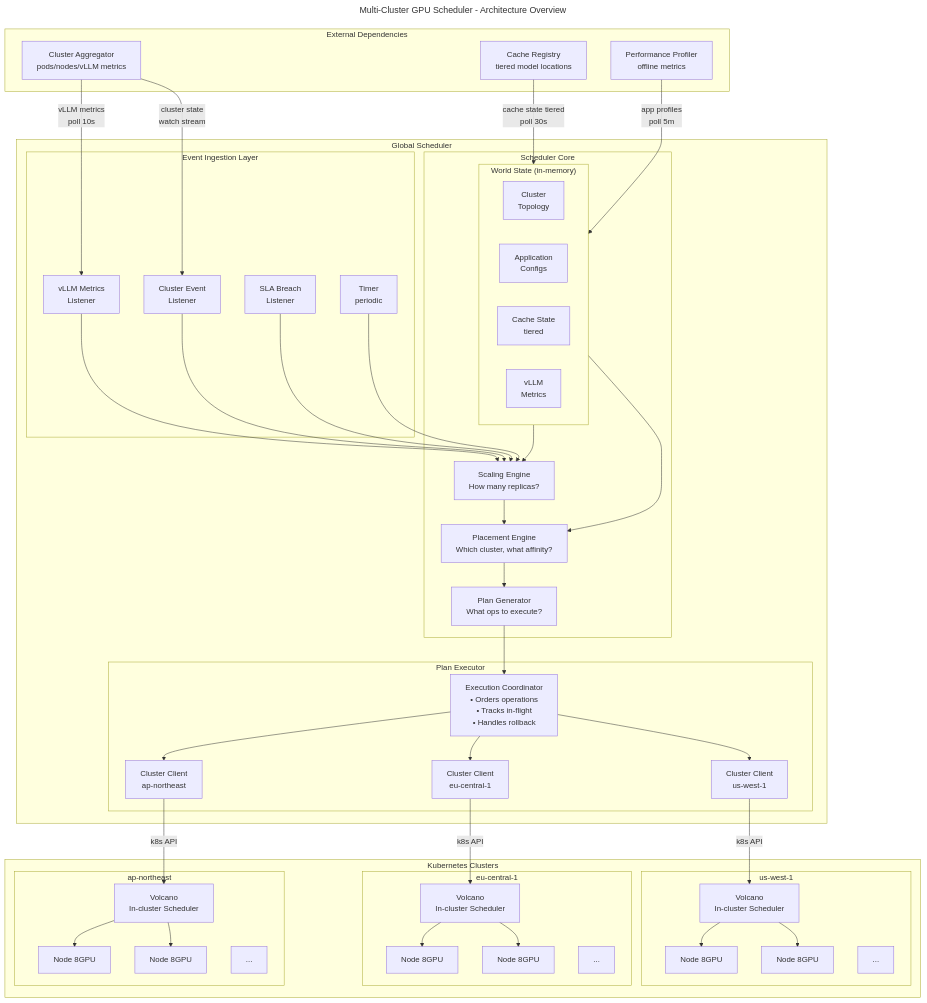
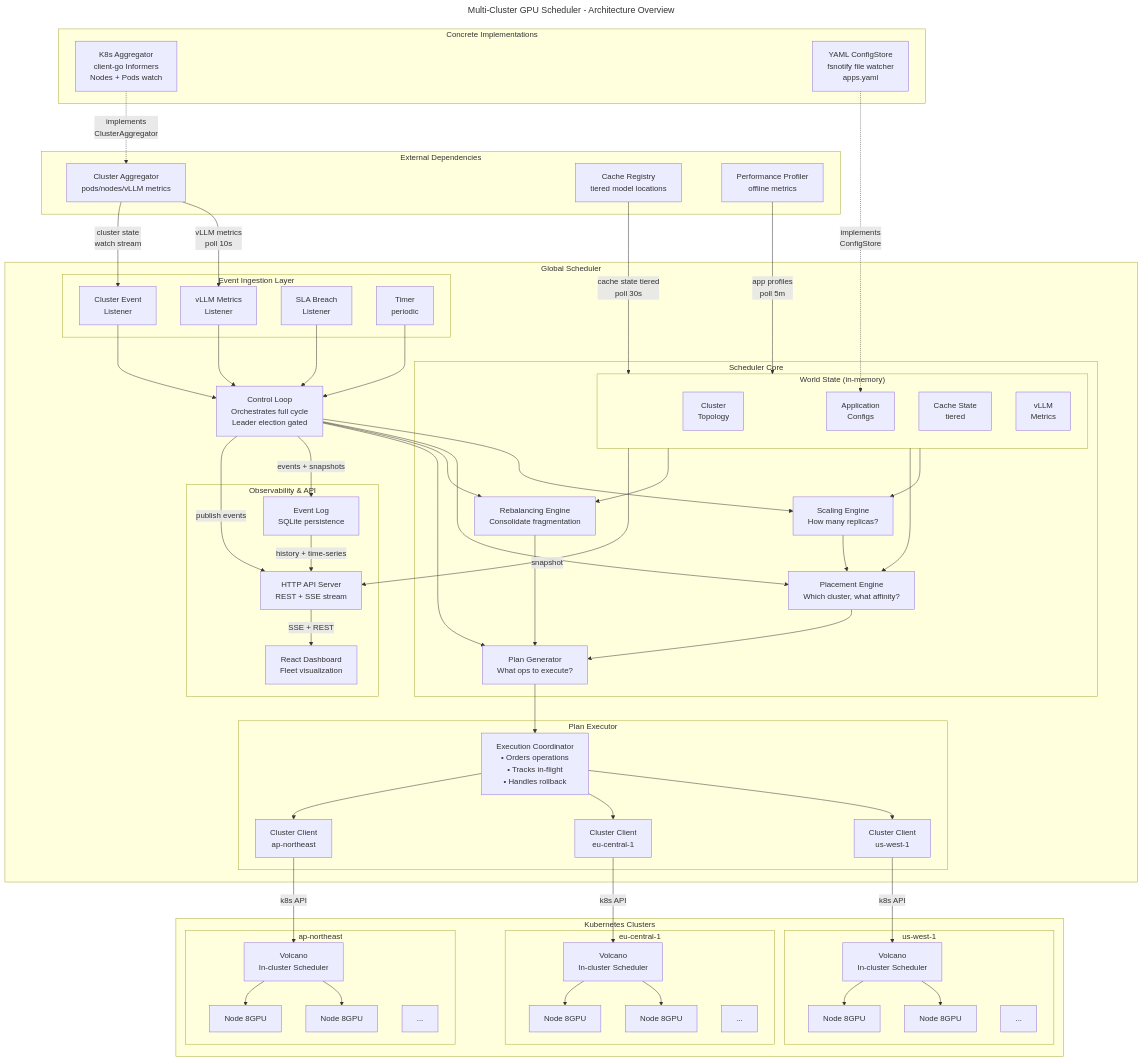
The diagram in docs/01-architecture-overview.mermaid (hsubbaraj/schedulator), drawn with Mermaid before and after one commit. The commit also changed 36 other files, not shown here.

```diff
--- a/docs/01-architecture-overview.mermaid
+++ b/docs/01-architecture-overview.mermaid
@@ -1,99 +1,132 @@
 ---
 title: Multi-Cluster GPU Scheduler - Architecture Overview
 ---
 flowchart TB
     subgraph External["External Dependencies"]
         CA[Cluster Aggregator<br/>pods/nodes/vLLM metrics]
         CR[Cache Registry<br/>tiered model locations]
         PP[Performance Profiler<br/>offline metrics]
+    end
+
+    subgraph Concrete["Concrete Implementations"]
+        K8sAgg[K8s Aggregator<br/>client-go Informers<br/>Nodes + Pods watch]
+        YAMLStore[YAML ConfigStore<br/>fsnotify file watcher<br/>apps.yaml]
     end
 
     subgraph GlobalScheduler["Global Scheduler"]
         subgraph EventIngestion["Event Ingestion Layer"]
             MEL[vLLM Metrics<br/>Listener]
             CEL[Cluster Event<br/>Listener]
             SBL[SLA Breach<br/>Listener]
             TIM[Timer<br/>periodic]
         end
 
         subgraph SchedulerCore["Scheduler Core"]
             subgraph WorldState["World State (in-memory)"]
                 CT[Cluster<br/>Topology]
                 AC[Application<br/>Configs]
                 CS[Cache State<br/>tiered]
                 VM[vLLM<br/>Metrics]
             end
 
             SE[Scaling Engine<br/>How many replicas?]
             PE[Placement Engine<br/>Which cluster, what affinity?]
+            RE[Rebalancing Engine<br/>Consolidate fragmentation]
             PG[Plan Generator<br/>What ops to execute?]
         end
+
+        CL[Control Loop<br/>Orchestrates full cycle<br/>Leader election gated]
 
         subgraph PlanExecutor["Plan Executor"]
             EC[Execution Coordinator<br/>• Orders operations<br/>• Tracks in-flight<br/>• Handles rollback]
 
             CC1[Cluster Client<br/>us-west-1]
             CC2[Cluster Client<br/>eu-central-1]
             CC3[Cluster Client<br/>ap-northeast]
+        end
+
+        subgraph Observability["Observability & API"]
+            API[HTTP API Server<br/>REST + SSE stream]
+            EL[Event Log<br/>SQLite persistence]
+            DASH[React Dashboard<br/>Fleet visualization]
         end
     end
 
     subgraph Clusters["Kubernetes Clusters"]
         subgraph K8s1["us-west-1"]
             V1[Volcano<br/>In-cluster Scheduler]
             N1[Node 8GPU]
             N2[Node 8GPU]
             N3[...]
         end
 
         subgraph K8s2["eu-central-1"]
             V2[Volcano<br/>In-cluster Scheduler]
             N4[Node 8GPU]
             N5[Node 8GPU]
             N6[...]
         end
 
         subgraph K8s3["ap-northeast"]
             V3[Volcano<br/>In-cluster Scheduler]
             N7[Node 8GPU]
             N8[Node 8GPU]
             N9[...]
         end
     end
 
+    %% Concrete implementations fulfill interfaces
+    K8sAgg -.->|implements<br/>ClusterAggregator| CA
+    YAMLStore -.->|implements<br/>ConfigStore| AC
+
     %% External to Event Ingestion / World State
     CA -->|vLLM metrics<br/>poll 10s| MEL
     CA -->|cluster state<br/>watch stream| CEL
     CR -->|cache state tiered<br/>poll 30s| WorldState
     PP -->|app profiles<br/>poll 5m| WorldState
 
-    %% Event Ingestion to Scheduler Core
-    MEL --> SE
-    CEL --> SE
-    SBL --> SE
-    TIM --> SE
+    %% Event Ingestion to Control Loop
+    MEL --> CL
+    CEL --> CL
+    SBL --> CL
+    TIM --> CL
+
+    %% Control Loop orchestrates engines
+    CL --> SE
+    CL --> PE
+    CL --> RE
+    CL --> PG
 
     %% Scheduler Core flow
     WorldState --> SE
     WorldState --> PE
+    WorldState --> RE
     SE --> PE
     PE --> PG
+    RE --> PG
 
     %% Plan Executor
     PG --> EC
     EC --> CC1
     EC --> CC2
     EC --> CC3
 
     %% Cluster Clients to K8s
     CC1 -->|k8s API| V1
     CC2 -->|k8s API| V2
     CC3 -->|k8s API| V3
 
     %% Volcano to Nodes
     V1 --> N1
     V1 --> N2
     V2 --> N4
     V2 --> N5
     V3 --> N7
     V3 --> N8
+
+    %% Observability connections
+    CL -->|events + snapshots| EL
+    CL -->|publish events| API
+    WorldState -->|snapshot| API
+    EL -->|history + time-series| API
+    API -->|SSE + REST| DASH
```
